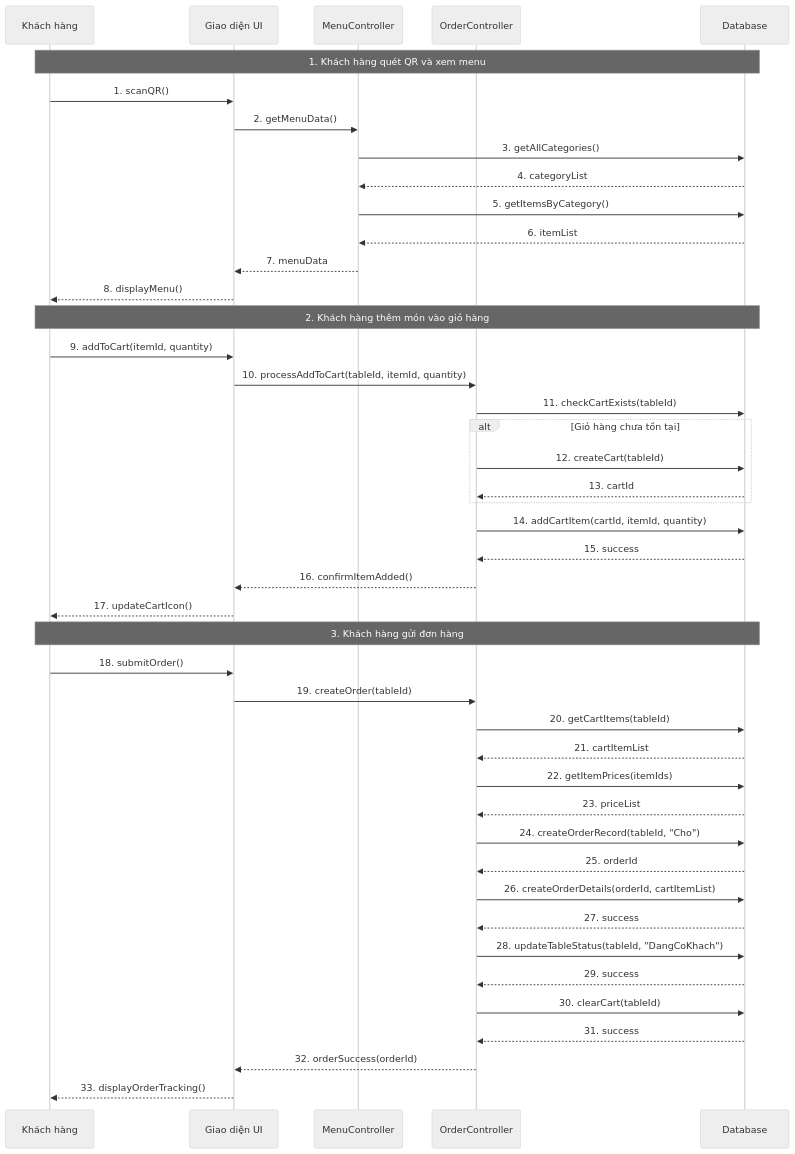
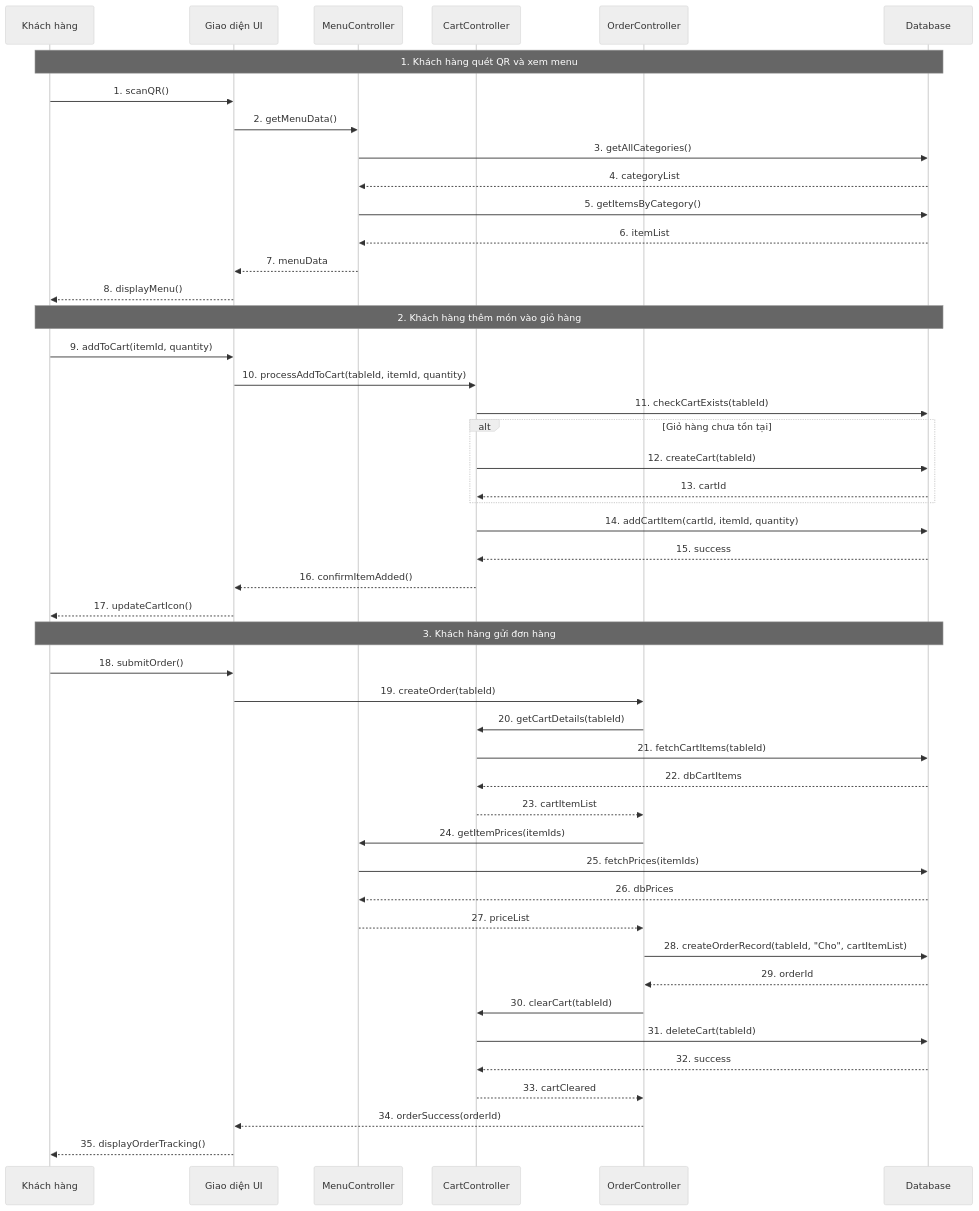
One commit to tahpnart8/demo-pttkht-Nhom2IT0001 changed the sixth of 10 diagrams in docs/so-do-he-thong.md. Above: the diagram before and after it, drawn with Mermaid (neutral theme). The commit also changed other lines of this file, not shown here.

Commit message:
Sửa đổi sequence luồng gọi món

````diff
--- a/docs/so-do-he-thong.md
+++ b/docs/so-do-he-thong.md
@@ -221,49 +221,52 @@
 ```mermaid
 sequenceDiagram
     participant KH as Khách hàng
     participant UI as Giao diện UI
     participant MC as MenuController
+    participant CC as CartController
     participant OC as OrderController
     participant DB as Database
 
     Note over KH,DB: 1. Khách hàng quét QR và xem menu
     KH->>UI: 1. scanQR()
     UI->>MC: 2. getMenuData()
     MC->>DB: 3. getAllCategories()
     DB-->>MC: 4. categoryList
     MC->>DB: 5. getItemsByCategory()
     DB-->>MC: 6. itemList
     MC-->>UI: 7. menuData
     UI-->>KH: 8. displayMenu()
 
     Note over KH,DB: 2. Khách hàng thêm món vào giỏ hàng
     KH->>UI: 9. addToCart(itemId, quantity)
-    UI->>OC: 10. processAddToCart(tableId, itemId, quantity)
-    OC->>DB: 11. checkCartExists(tableId)
+    UI->>CC: 10. processAddToCart(tableId, itemId, quantity)
+    CC->>DB: 11. checkCartExists(tableId)
     alt Giỏ hàng chưa tồn tại
-        OC->>DB: 12. createCart(tableId)
-        DB-->>OC: 13. cartId
+        CC->>DB: 12. createCart(tableId)
+        DB-->>CC: 13. cartId
     end
-    OC->>DB: 14. addCartItem(cartId, itemId, quantity)
-    DB-->>OC: 15. success
-    OC-->>UI: 16. confirmItemAdded()
+    CC->>DB: 14. addCartItem(cartId, itemId, quantity)
+    DB-->>CC: 15. success
+    CC-->>UI: 16. confirmItemAdded()
     UI-->>KH: 17. updateCartIcon()
 
     Note over KH,DB: 3. Khách hàng gửi đơn hàng
     KH->>UI: 18. submitOrder()
     UI->>OC: 19. createOrder(tableId)
-    OC->>DB: 20. getCartItems(tableId)
-    DB-->>OC: 21. cartItemList
-    OC->>DB: 22. getItemPrices(itemIds)
-    DB-->>OC: 23. priceList
-    OC->>DB: 24. createOrderRecord(tableId, "Cho")
-    DB-->>OC: 25. orderId
-    OC->>DB: 26. createOrderDetails(orderId, cartItemList)
-    DB-->>OC: 27. success
-    OC->>DB: 28. updateTableStatus(tableId, "DangCoKhach")
-    DB-->>OC: 29. success
-    OC->>DB: 30. clearCart(tableId)
-    DB-->>OC: 31. success
-    OC-->>UI: 32. orderSuccess(orderId)
-    UI-->>KH: 33. displayOrderTracking()
+    OC->>CC: 20. getCartDetails(tableId)
+    CC->>DB: 21. fetchCartItems(tableId)
+    DB-->>CC: 22. dbCartItems
+    CC-->>OC: 23. cartItemList
+    OC->>MC: 24. getItemPrices(itemIds)
+    MC->>DB: 25. fetchPrices(itemIds)
+    DB-->>MC: 26. dbPrices
+    MC-->>OC: 27. priceList
+    OC->>DB: 28. createOrderRecord(tableId, "Cho", cartItemList)
+    DB-->>OC: 29. orderId
+    OC->>CC: 30. clearCart(tableId)
+    CC->>DB: 31. deleteCart(tableId)
+    DB-->>CC: 32. success
+    CC-->>OC: 33. cartCleared
+    OC-->>UI: 34. orderSuccess(orderId)
+    UI-->>KH: 35. displayOrderTracking()
 ```
````
